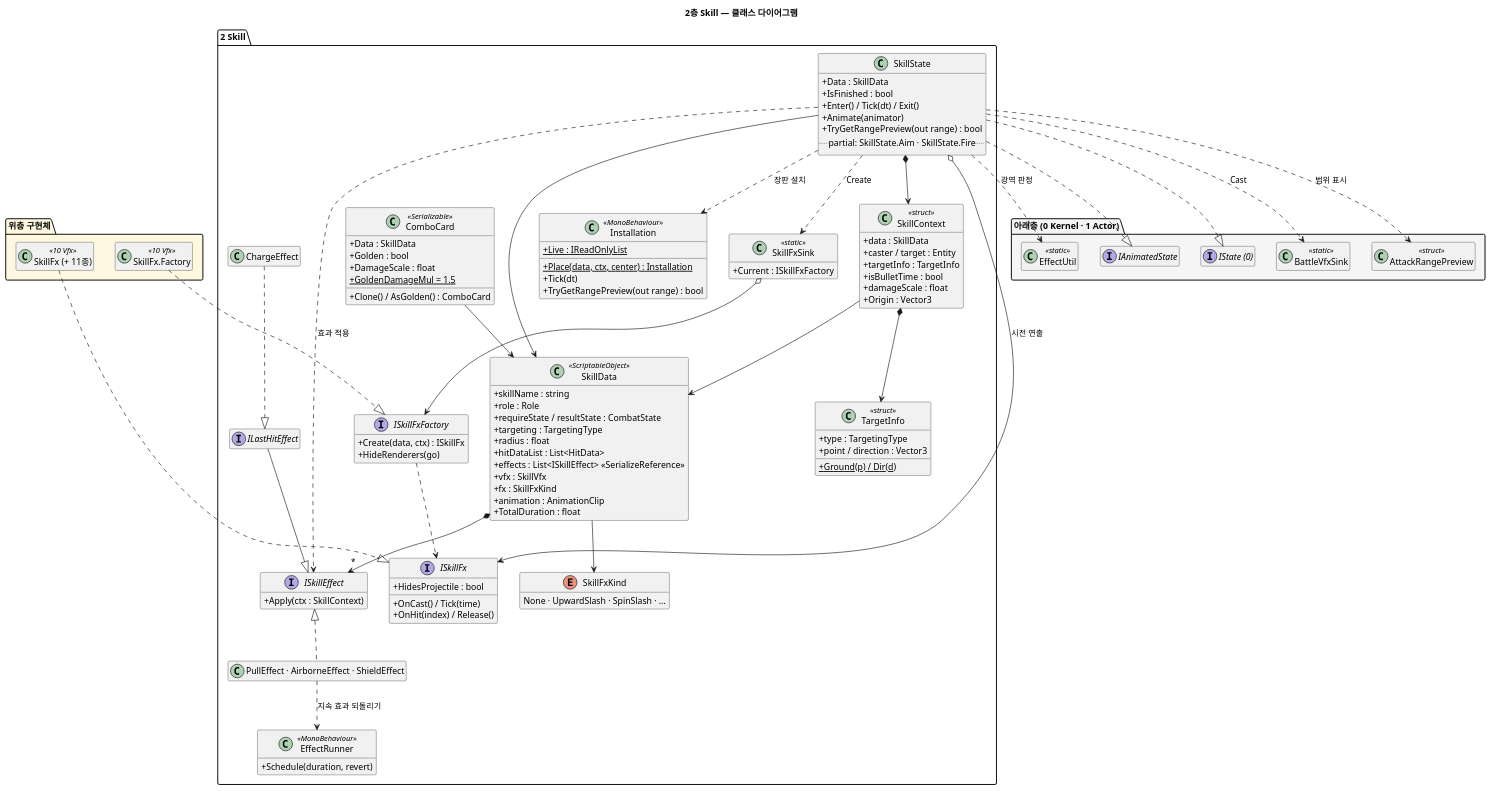
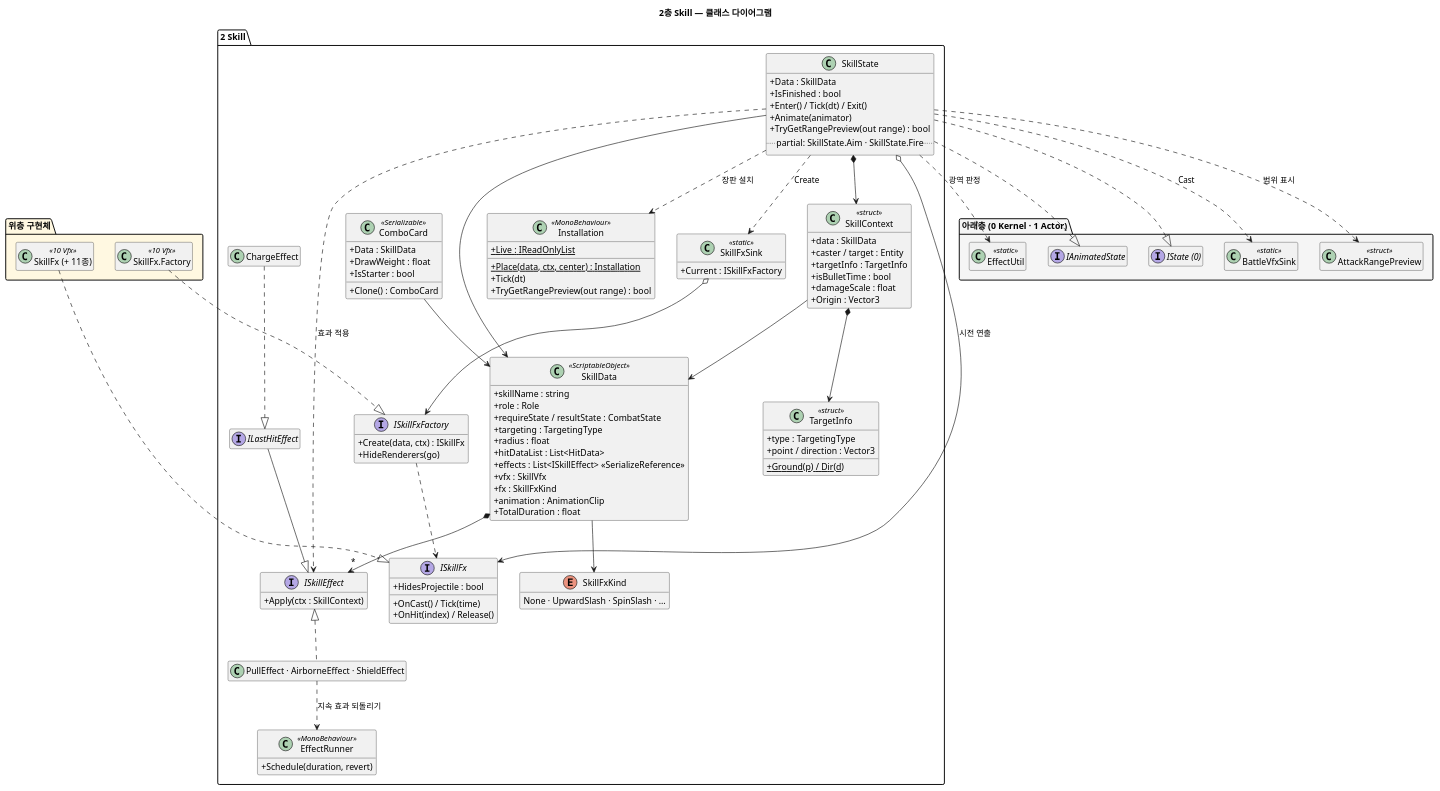
One commit to jukanmi/Prototype changed the diagram in docs/uml/04-Skill.puml. Above: the diagram before and after it, drawn with PlantUML. The commit also changed 193 other files, not shown here.

```diff
--- a/docs/uml/04-Skill.puml
+++ b/docs/uml/04-Skill.puml
@@ -1,122 +1,121 @@
 @startuml 04-Skill
 ' 2층 Skill — 스킬 에셋 · 시전 상태 · 효과 · 카드.
 ' Kernel · Actor · Input만 참조. 위층(Vfx)에 맡길 일은 ISkillFx로 뒤집었다.
 title 2층 Skill — 클래스 다이어그램
 
 set separator none
 skinparam shadowing false
 skinparam classAttributeIconSize 0
 hide empty members
 
 package "2 Skill" {
   class SkillData <<ScriptableObject>> {
     + skillName : string
     + role : Role
     + requireState / resultState : CombatState
     + targeting : TargetingType
     + radius : float
     + hitDataList : List<HitData>
     + effects : List<ISkillEffect> <<SerializeReference>>
     + vfx : SkillVfx
     + fx : SkillFxKind
     + animation : AnimationClip
     + TotalDuration : float
   }
   class ComboCard <<Serializable>> {
     + Data : SkillData
-    + Golden : bool
-    + DamageScale : float
-    + {static} GoldenDamageMul = 1.5
-    + Clone() / AsGolden() : ComboCard
+    + DrawWeight : float
+    + IsStarter : bool
+    + Clone() : ComboCard
   }
   class SkillContext <<struct>> {
     + data : SkillData
     + caster / target : Entity
     + targetInfo : TargetInfo
     + isBulletTime : bool
     + damageScale : float
     + Origin : Vector3
   }
   class TargetInfo <<struct>> {
     + type : TargetingType
     + point / direction : Vector3
     + {static} Ground(p) / Dir(d)
   }
   class SkillState {
     + Data : SkillData
     + IsFinished : bool
     + Enter() / Tick(dt) / Exit()
     + Animate(animator)
     + TryGetRangePreview(out range) : bool
     .. partial: SkillState.Aim · SkillState.Fire ..
   }
   interface ISkillEffect {
     + Apply(ctx : SkillContext)
   }
   interface ILastHitEffect
   class "PullEffect · AirborneEffect · ShieldEffect" as Effects
   class ChargeEffect
   class Installation <<MonoBehaviour>> {
     + {static} Place(data, ctx, center) : Installation
     + {static} Live : IReadOnlyList
     + Tick(dt)
     + TryGetRangePreview(out range) : bool
   }
   class EffectRunner <<MonoBehaviour>> {
     + Schedule(duration, revert)
   }
   interface ISkillFx {
     + HidesProjectile : bool
     + OnCast() / Tick(time)
     + OnHit(index) / Release()
   }
   interface ISkillFxFactory {
     + Create(data, ctx) : ISkillFx
     + HideRenderers(go)
   }
   class SkillFxSink <<static>> {
     + Current : ISkillFxFactory
   }
   enum SkillFxKind {
     None · UpwardSlash · SpinSlash · …
   }
 }
 
 package "아래층 (0 Kernel · 1 Actor)" #F5F5F5 {
   interface IAnimatedState
   interface "IState (0)" as IState
   class BattleVfxSink <<static>>
   class EffectUtil <<static>>
   class AttackRangePreview <<struct>>
 }
 
 ComboCard --> SkillData
 SkillData *--> "*" ISkillEffect
 SkillData --> SkillFxKind
 SkillContext --> SkillData
 SkillContext *--> TargetInfo
 SkillState ..|> IState
 SkillState ..|> IAnimatedState
 SkillState --> SkillData
 SkillState *--> SkillContext
 SkillState ..> ISkillEffect : 효과 적용
 SkillState o--> ISkillFx : 시전 연출
 SkillState ..> SkillFxSink : Create
 SkillState ..> BattleVfxSink : Cast
 SkillState ..> EffectUtil : 광역 판정
 SkillState ..> AttackRangePreview : 범위 표시
 SkillState ..> Installation : 장판 설치
 ISkillEffect <|.. Effects
 ILastHitEffect --|> ISkillEffect
 ChargeEffect ..|> ILastHitEffect
 Effects ..> EffectRunner : 지속 효과 되돌리기
 SkillFxSink o--> ISkillFxFactory
 ISkillFxFactory ..> ISkillFx
 
 package "위층 구현체" #FFF8E1 {
   class "SkillFx (+ 11종)" as SF <<10 Vfx>>
   class "SkillFx.Factory" as SFF <<10 Vfx>>
 }
 SF ..|> ISkillFx
 SFF ..|> ISkillFxFactory
 @enduml
```
